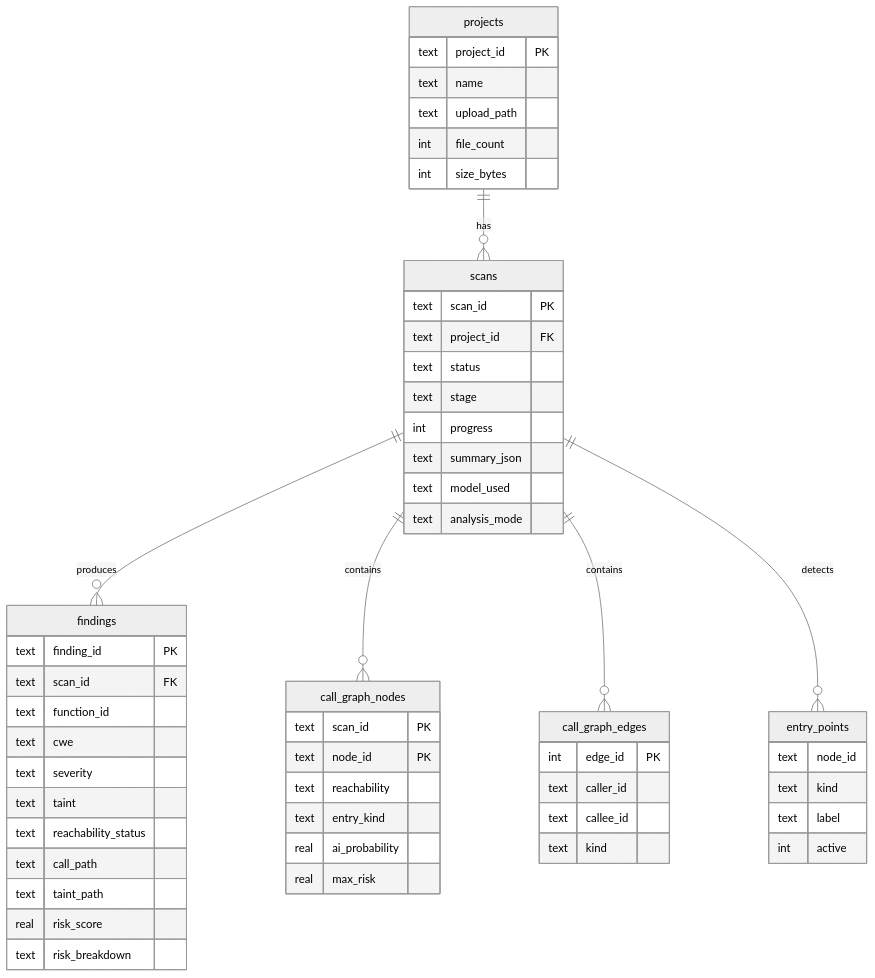
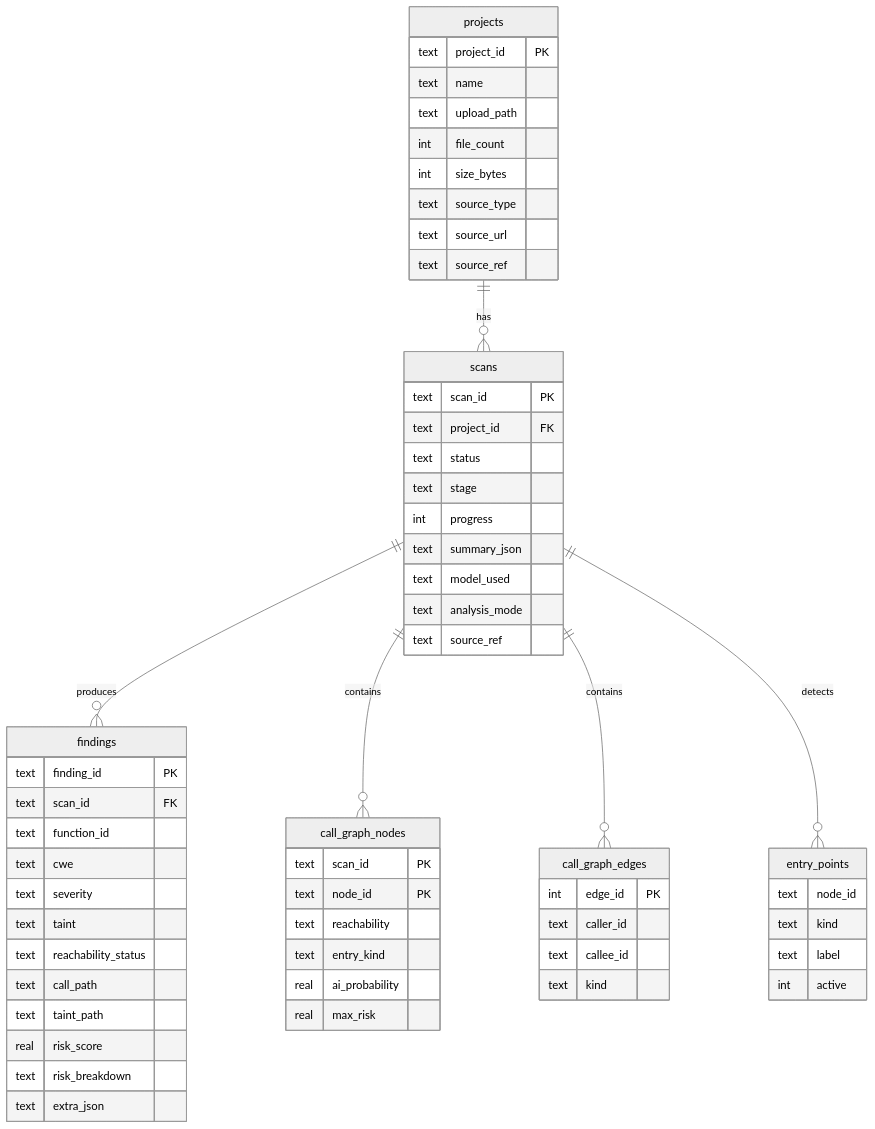
The third of 3 diagrams in docs/ARCHITECTURE.md (HardikChawhan/ReachPrioritizer), drawn with Mermaid (neutral theme) before and after one commit. The commit also changed other lines of this file and 47 other files, not shown here.

````diff
--- a/docs/ARCHITECTURE.md
+++ b/docs/ARCHITECTURE.md
@@ -99,46 +100,51 @@
 ```mermaid
 erDiagram
   projects ||--o{ scans : has
   scans ||--o{ findings : produces
   scans ||--o{ call_graph_nodes : contains
   scans ||--o{ call_graph_edges : contains
   scans ||--o{ entry_points : detects
   projects { text project_id PK
              text name
              text upload_path
              int file_count
-             int size_bytes }
+             int size_bytes
+             text source_type
+             text source_url
+             text source_ref }
   scans { text scan_id PK
           text project_id FK
           text status
           text stage
           int progress
           text summary_json
           text model_used
-          text analysis_mode }
+          text analysis_mode
+          text source_ref }
   findings { text finding_id PK
              text scan_id FK
              text function_id
              text cwe
              text severity
              text taint
              text reachability_status
              text call_path
              text taint_path
              real risk_score
-             text risk_breakdown }
+             text risk_breakdown
+             text extra_json }
   call_graph_nodes { text scan_id PK
                      text node_id PK
                      text reachability
                      text entry_kind
                      real ai_probability
                      real max_risk }
   call_graph_edges { int edge_id PK
                      text caller_id
                      text callee_id
                      text kind }
   entry_points { text node_id
                  text kind
                  text label
                  int active }
 ```
````
